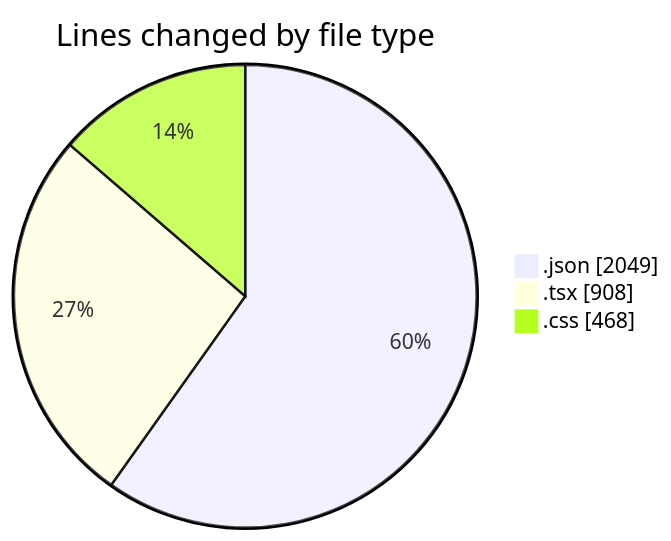
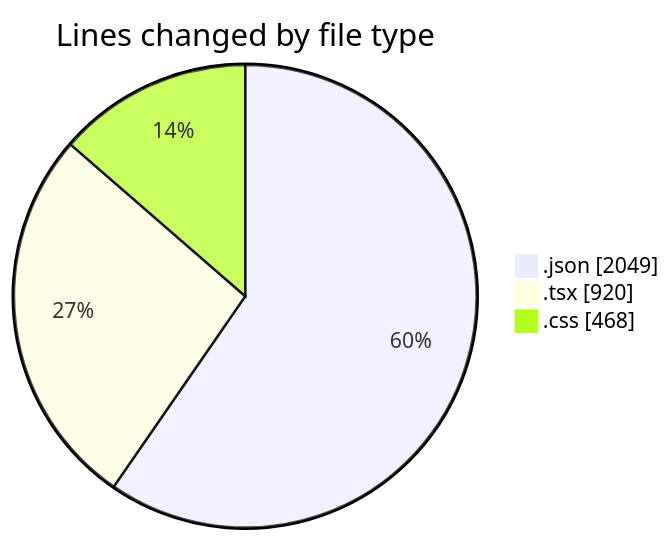
One commit to EIIisD/code-tracking changed the first of 2 diagrams in 2025-08-14/ribbon/README.md. Above: the diagram before and after it, drawn with Mermaid. The commit also changed other lines of this file and 1 other file, not shown here.

````diff
--- a/2025-08-14/ribbon/README.md
+++ b/2025-08-14/ribbon/README.md
@@ -27,7 +27,7 @@
 ```mermaid
 pie showData
 title Lines changed by file type
 ".json" : 2049
-".tsx" : 908
+".tsx" : 920
 ".css" : 468
 ```
````
